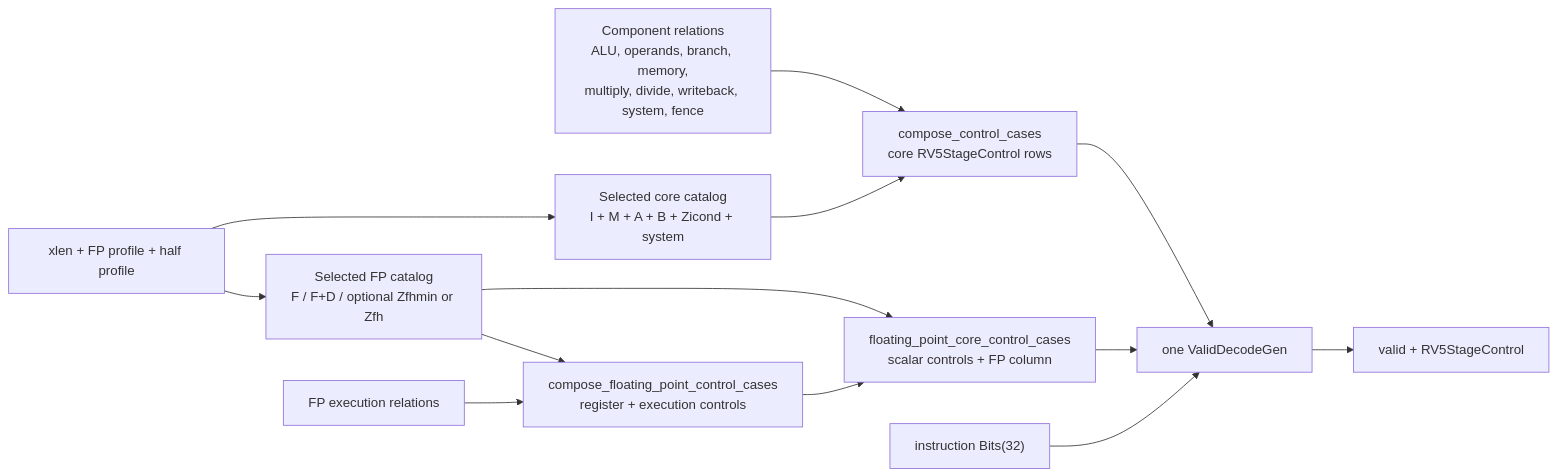
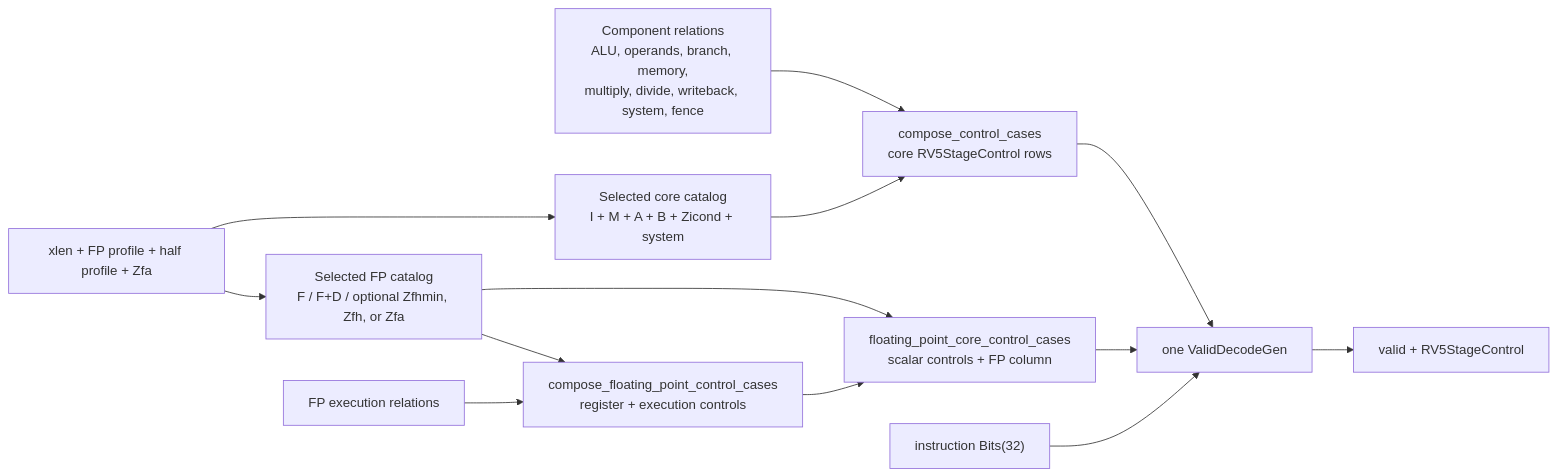
Before and after one commit to jerryz123/rhdl: the diagram in cores/rv5stage/decode/README.md, drawn with Mermaid. The commit also changed other lines of this file and 27 other files, not shown here.

````diff
--- a/cores/rv5stage/decode/README.md
+++ b/cores/rv5stage/decode/README.md
@@ -41,26 +43,26 @@
 ```mermaid
 flowchart LR
-    PARAMS["xlen + FP profile + half profile"]
+    PARAMS["xlen + FP profile + half profile + Zfa"]
     CORECAT["Selected core catalog<br/>I + M + A + B + Zicond + system"]
-    FPCAT["Selected FP catalog<br/>F / F+D / optional Zfhmin or Zfh"]
+    FPCAT["Selected FP catalog<br/>F / F+D / optional Zfhmin, Zfh, or Zfa"]
     COLUMNS["Component relations<br/>ALU, operands, branch, memory,<br/>multiply, divide, writeback, system, fence"]
     COREROWS["compose_control_cases<br/>core RV5StageControl rows"]
     FPEXEC["FP execution relations"]
     FPROWS["compose_floating_point_control_cases<br/>register + execution controls"]
     FPINTEGRATE["floating_point_core_control_cases<br/>scalar controls + FP column"]
     TABLE["one ValidDecodeGen"]
     INPUT["instruction Bits(32)"]
     OUTPUT["valid + RV5StageControl"]
 
     PARAMS --> CORECAT
     PARAMS --> FPCAT
     COLUMNS --> COREROWS
     CORECAT --> COREROWS
     FPCAT --> FPROWS
     FPEXEC --> FPROWS
     FPCAT --> FPINTEGRATE
     FPROWS --> FPINTEGRATE
     COREROWS --> TABLE
     FPINTEGRATE --> TABLE
     INPUT --> TABLE --> OUTPUT
 ```
````
